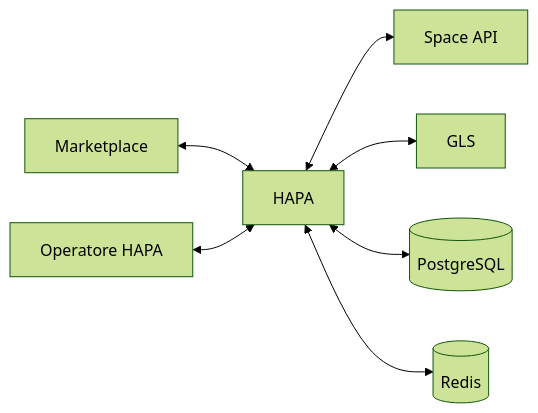
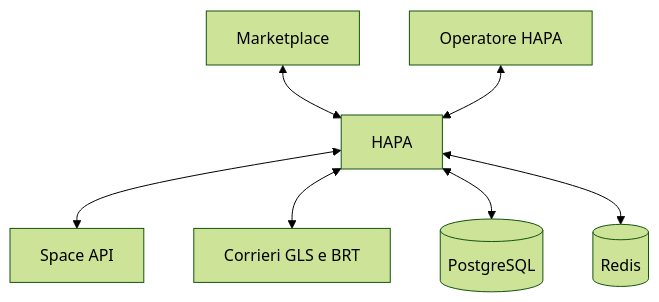
The first of 5 diagrams in docs/ARCHITECTURE.md (jellero/hapa), drawn with Mermaid (forest theme) before and after one commit. The commit also changed other lines of this file and 33 other files, not shown here.

````diff
--- a/docs/ARCHITECTURE.md
+++ b/docs/ARCHITECTURE.md
@@ -81,17 +81,17 @@
 ```mermaid
-flowchart LR
+flowchart TB
     Operator[Operatore HAPA]
     Marketplace[Marketplace]
     Space[Space API]
-    Gls[GLS]
+    Carriers[Corrieri GLS e BRT]
     Hapa[HAPA]
     Database[(PostgreSQL)]
     Cache[(Redis)]
 
     Marketplace <--> Hapa
     Hapa <--> Space
-    Hapa <--> Gls
+    Hapa <--> Carriers
     Operator <--> Hapa
     Hapa <--> Database
     Hapa <--> Cache
 ```
````
